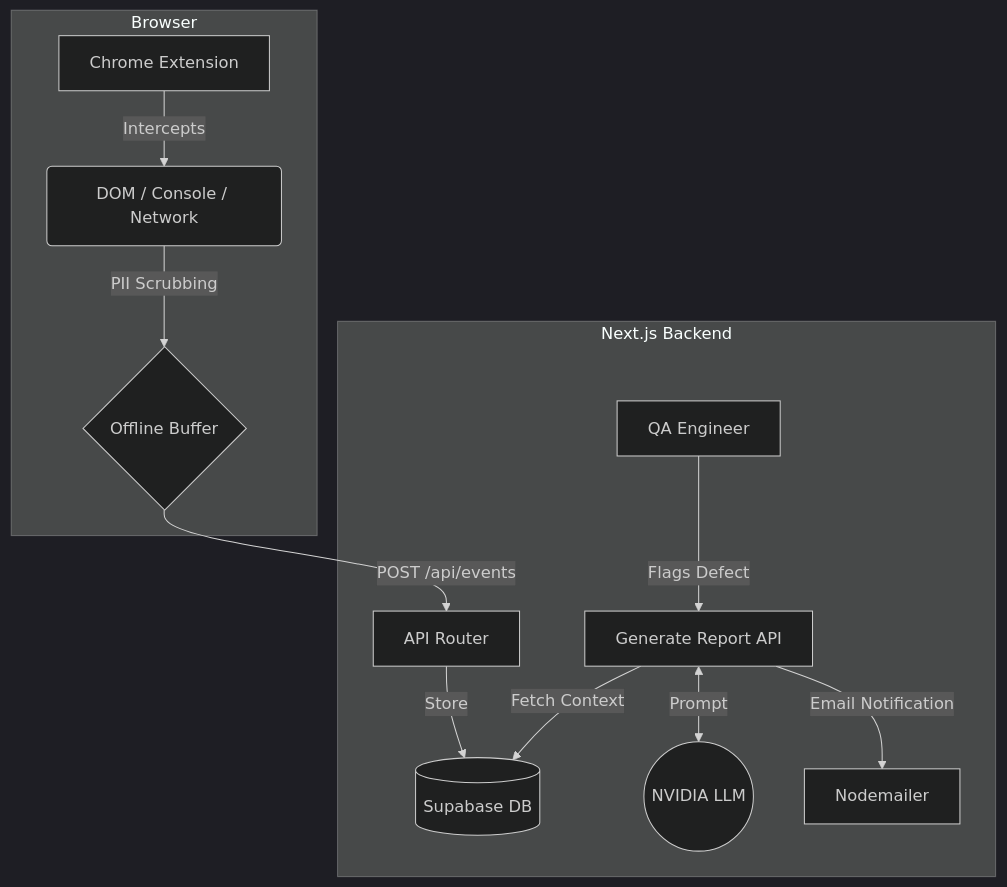
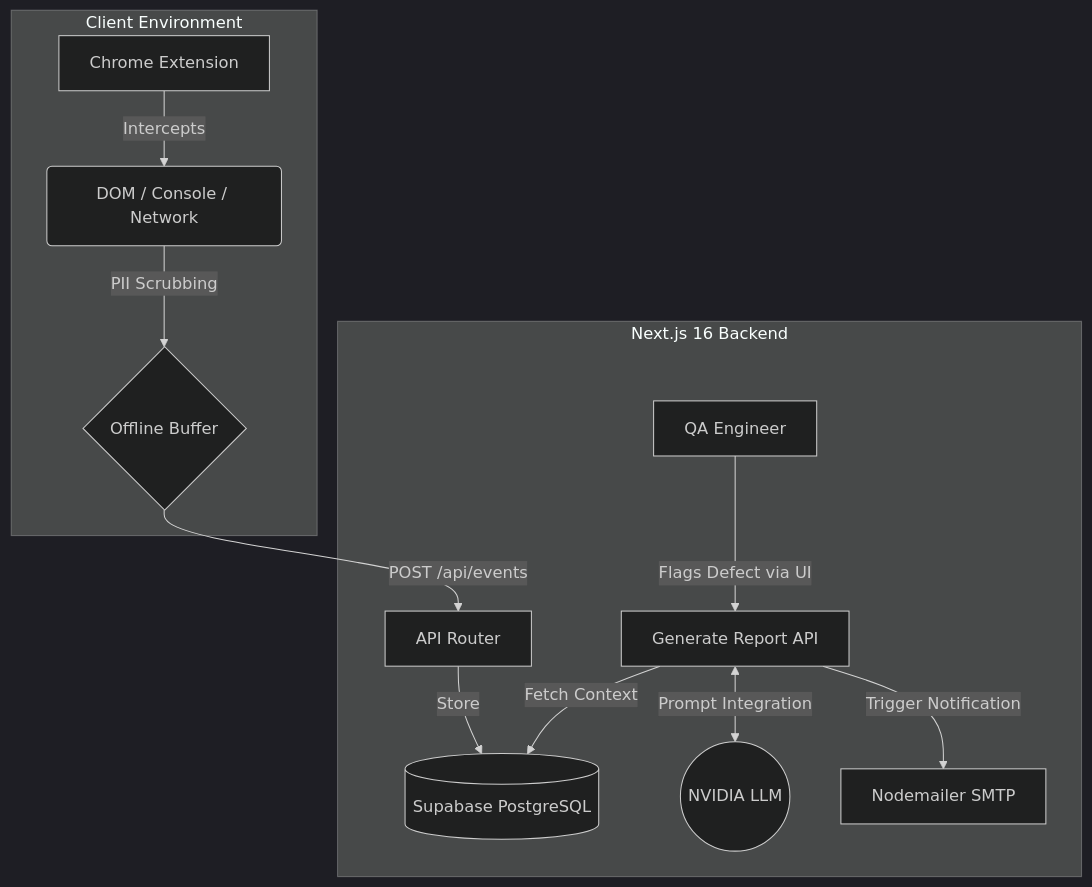
One commit to fazil-dev-tech/silent-qa-hackathon changed the diagram in README.md. Above: the diagram before and after it, drawn with Mermaid (dark theme). The commit also changed other lines of this file, not shown here.

````diff
--- a/README.md
+++ b/README.md
@@ -31,17 +48,17 @@
 ```mermaid
 graph TD
-    subgraph Browser
+    subgraph Client Environment
         A[Chrome Extension] -->|Intercepts| B(DOM / Console / Network)
         B -->|PII Scrubbing| C{Offline Buffer}
     end
 
-    subgraph Next.js Backend
+    subgraph Next.js 16 Backend
         C -->|POST /api/events| D[API Router]
-        D -->|Store| E[(Supabase DB)]
+        D -->|Store| E[(Supabase PostgreSQL)]
         
-        F[QA Engineer] -->|Flags Defect| G[Generate Report API]
+        F[QA Engineer] -->|Flags Defect via UI| G[Generate Report API]
         G -->|Fetch Context| E
-        G <-->|Prompt| H((NVIDIA LLM))
-        G -->|Email Notification| I[Nodemailer]
+        G <-->|Prompt Integration| H((NVIDIA LLM))
+        G -->|Trigger Notification| I[Nodemailer SMTP]
     end
 ```
````
